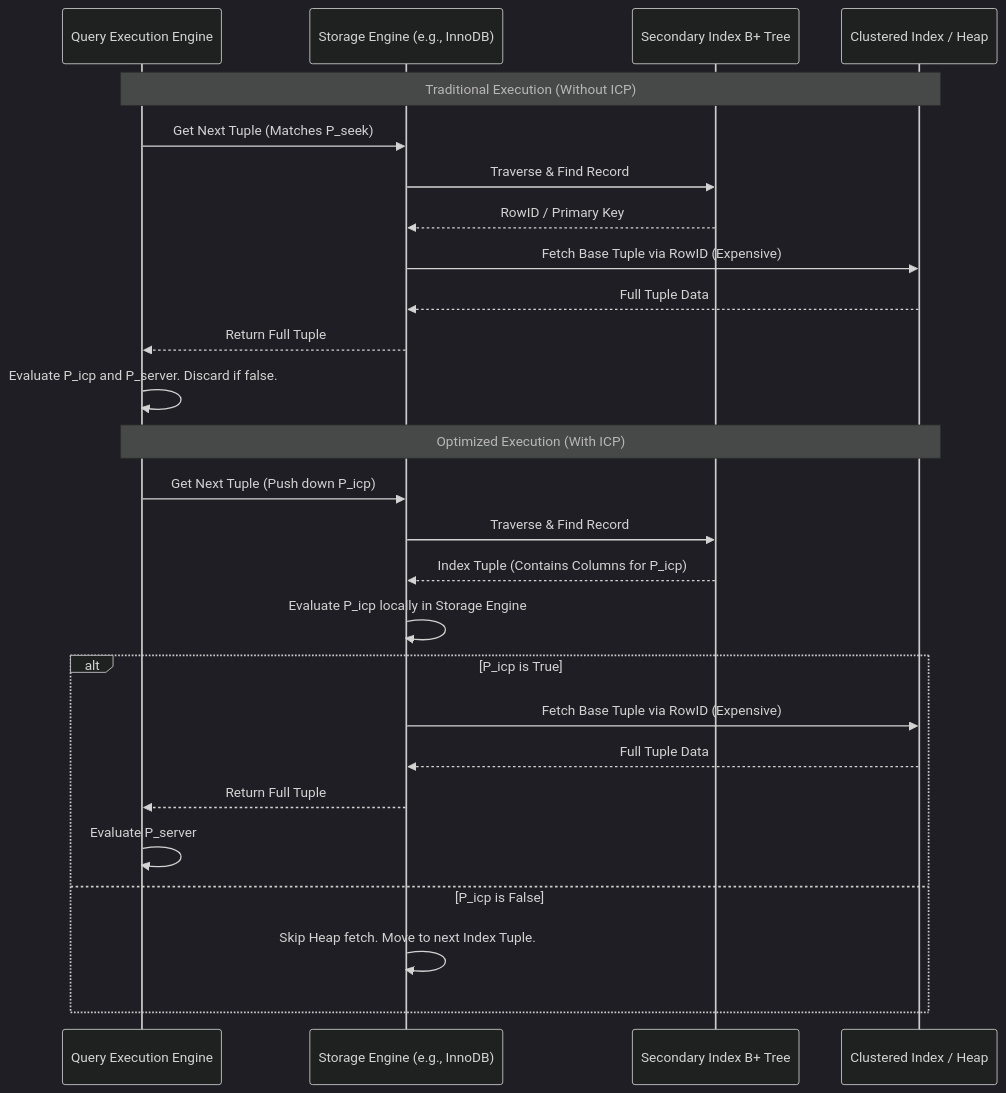
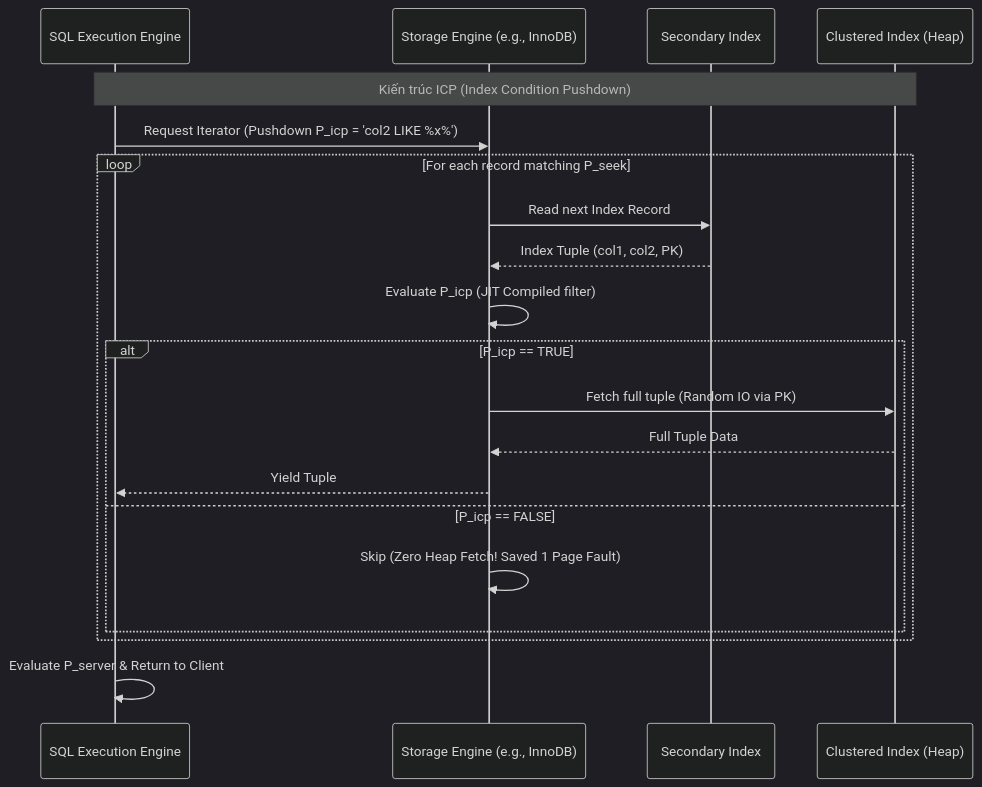
One commit to caubebinhan/landingpage changed the second of 2 diagrams in blogs/part-3/24-covering-indexes-icp.md. Above: the diagram before and after it, drawn with Mermaid (dark theme). The commit also changed other lines of this file and 6563 other files, not shown here.

````diff
--- a/blogs/part-3/24-covering-indexes-icp.md
+++ b/blogs/part-3/24-covering-indexes-icp.md
@@ -69,30 +117,23 @@
 ```mermaid
 sequenceDiagram
-    participant QE as Query Execution Engine
+    participant QE as SQL Execution Engine
     participant SE as Storage Engine (e.g., InnoDB)
-    participant BTree as Secondary Index B+ Tree
-    participant Heap as Clustered Index / Heap
+    participant BTree as Secondary Index
+    participant Heap as Clustered Index (Heap)
 
-    Note over QE, Heap: Traditional Execution (Without ICP)
-    QE->>SE: Get Next Tuple (Matches P_seek)
-    SE->>BTree: Traverse & Find Record
-    BTree-->>SE: RowID / Primary Key
-    SE->>Heap: Fetch Base Tuple via RowID (Expensive)
-    Heap-->>SE: Full Tuple Data
-    SE-->>QE: Return Full Tuple
-    QE->>QE: Evaluate P_icp and P_server. Discard if false.
-
-    Note over QE, Heap: Optimized Execution (With ICP)
-    QE->>SE: Get Next Tuple (Push down P_icp)
-    SE->>BTree: Traverse & Find Record
-    BTree-->>SE: Index Tuple (Contains Columns for P_icp)
-    SE->>SE: Evaluate P_icp locally in Storage Engine
-    alt P_icp is True
-        SE->>Heap: Fetch Base Tuple via RowID (Expensive)
-        Heap-->>SE: Full Tuple Data
-        SE-->>QE: Return Full Tuple
-        QE->>QE: Evaluate P_server
-    else P_icp is False
-        SE->>SE: Skip Heap fetch. Move to next Index Tuple.
+    Note over QE, Heap: Kiến trúc ICP (Index Condition Pushdown)
+    QE->>SE: Request Iterator (Pushdown P_icp = 'col2 LIKE %x%')
+    loop For each record matching P_seek
+        SE->>BTree: Read next Index Record
+        BTree-->>SE: Index Tuple (col1, col2, PK)
+        SE->>SE: Evaluate P_icp (JIT Compiled filter)
+        alt P_icp == TRUE
+            SE->>Heap: Fetch full tuple (Random IO via PK)
+            Heap-->>SE: Full Tuple Data
+            SE-->>QE: Yield Tuple
+        else P_icp == FALSE
+            SE->>SE: Skip (Zero Heap Fetch! Saved 1 Page Fault)
+        end
     end
+    QE->>QE: Evaluate P_server & Return to Client
 ```
````
